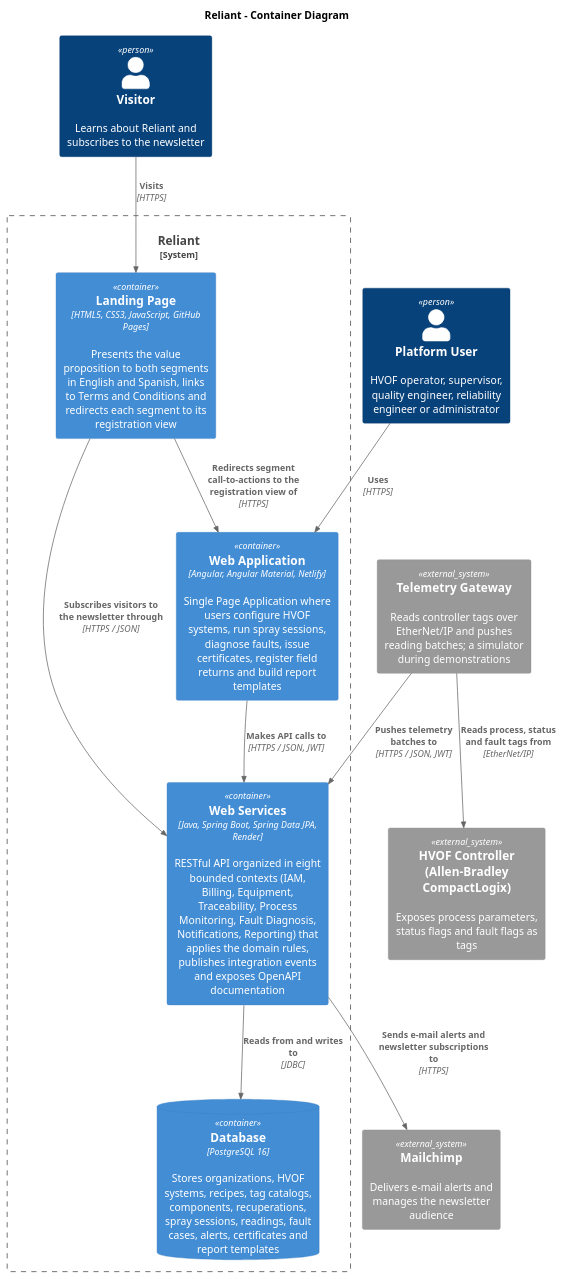
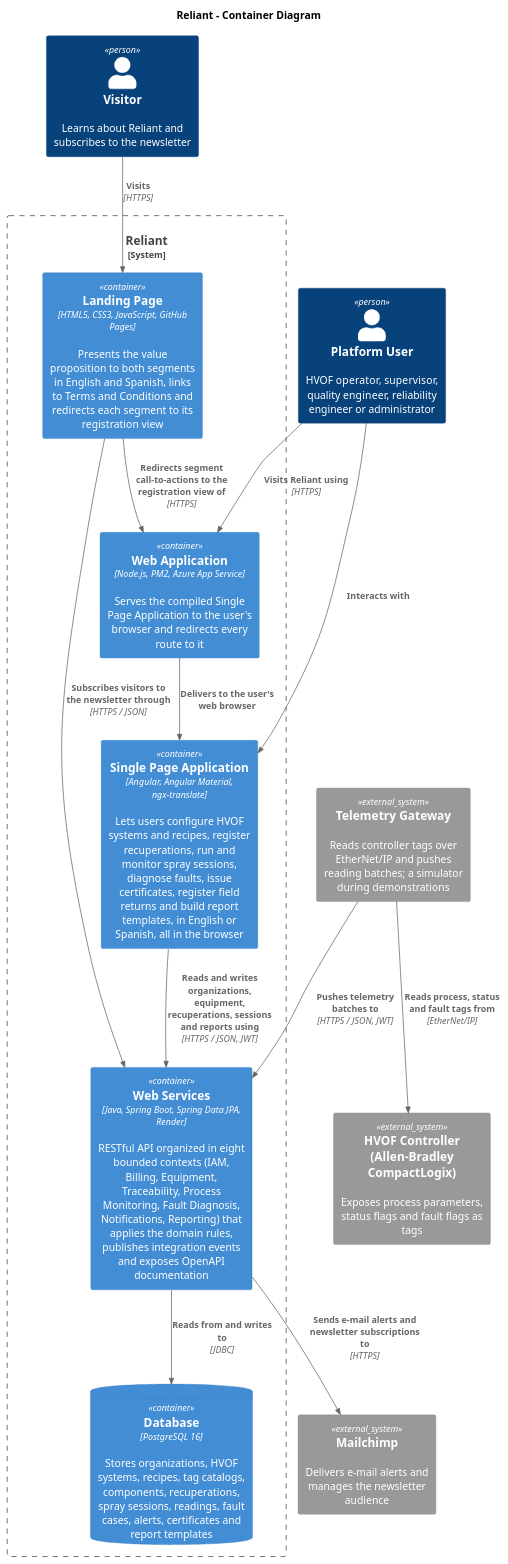
One commit to upc-pre-202620-1asi0729-7753-innovacorp/reliant-report changed the diagram in assets/img/4.chapter-iv/4.6.domain-driven-software-architecture/4.6.3.software-architecture-container-diagrams/reliant-container-diagrams.puml. Above: the diagram before and after it, drawn with PlantUML. The commit also changed 1 other file, not shown here.

Commit message:
docs(chapter-iv): add the single page application to the container diagram.

```diff
--- a/assets/img/4.chapter-iv/4.6.domain-driven-software-architecture/4.6.3.software-architecture-container-diagrams/reliant-container-diagrams.puml
+++ b/assets/img/4.chapter-iv/4.6.domain-driven-software-architecture/4.6.3.software-architecture-container-diagrams/reliant-container-diagrams.puml
@@ -1,28 +1,31 @@
 @startuml "Containers"
 !includeurl https://raw.githubusercontent.com/plantuml-stdlib/C4-PlantUML/master/C4_Container.puml
 
 title Reliant - Container Diagram
 
 Person(visitor, "Visitor", "Learns about Reliant and subscribes to the newsletter")
 Person(user, "Platform User", "HVOF operator, supervisor, quality engineer, reliability engineer or administrator")
 System_Ext(plc, "HVOF Controller (Allen-Bradley CompactLogix)", "Exposes process parameters, status flags and fault flags as tags")
 System_Ext(gateway, "Telemetry Gateway", "Reads controller tags over EtherNet/IP and pushes reading batches; a simulator during demonstrations")
 System_Ext(mailchimp, "Mailchimp", "Delivers e-mail alerts and manages the newsletter audience")
 
 System_Boundary(reliant, "Reliant") {
     Container(landing, "Landing Page", "HTML5, CSS3, JavaScript, GitHub Pages", "Presents the value proposition to both segments in English and Spanish, links to Terms and Conditions and redirects each segment to its registration view")
-    Container(webapp, "Web Application", "Angular, Angular Material, Netlify", "Single Page Application where users configure HVOF systems, run spray sessions, diagnose faults, issue certificates, register field returns and build report templates")
+    Container(webapp, "Web Application", "Node.js, PM2, Azure App Service", "Serves the compiled Single Page Application to the user's browser and redirects every route to it")
+    Container(spa, "Single Page Application", "Angular, Angular Material, ngx-translate", "Lets users configure HVOF systems and recipes, register recuperations, run and monitor spray sessions, diagnose faults, issue certificates, register field returns and build report templates, in English or Spanish, all in the browser")
     Container(api, "Web Services", "Java, Spring Boot, Spring Data JPA, Render", "RESTful API organized in eight bounded contexts (IAM, Billing, Equipment, Traceability, Process Monitoring, Fault Diagnosis, Notifications, Reporting) that applies the domain rules, publishes integration events and exposes OpenAPI documentation")
     ContainerDb(db, "Database", "PostgreSQL 16", "Stores organizations, HVOF systems, recipes, tag catalogs, components, recuperations, spray sessions, readings, fault cases, alerts, certificates and report templates")
 }
 
 Rel(visitor, landing, "Visits", "HTTPS")
 Rel(landing, webapp, "Redirects segment call-to-actions to the registration view of", "HTTPS")
 Rel(landing, api, "Subscribes visitors to the newsletter through", "HTTPS / JSON")
-Rel(user, webapp, "Uses", "HTTPS")
-Rel(webapp, api, "Makes API calls to", "HTTPS / JSON, JWT")
+Rel(user, webapp, "Visits Reliant using", "HTTPS")
+Rel(webapp, spa, "Delivers to the user's web browser")
+Rel(user, spa, "Interacts with")
+Rel(spa, api, "Reads and writes organizations, equipment, recuperations, sessions and reports using", "HTTPS / JSON, JWT")
 Rel(api, db, "Reads from and writes to", "JDBC")
 Rel(gateway, plc, "Reads process, status and fault tags from", "EtherNet/IP")
 Rel(gateway, api, "Pushes telemetry batches to", "HTTPS / JSON, JWT")
 Rel(api, mailchimp, "Sends e-mail alerts and newsletter subscriptions to", "HTTPS")
 @enduml
```
